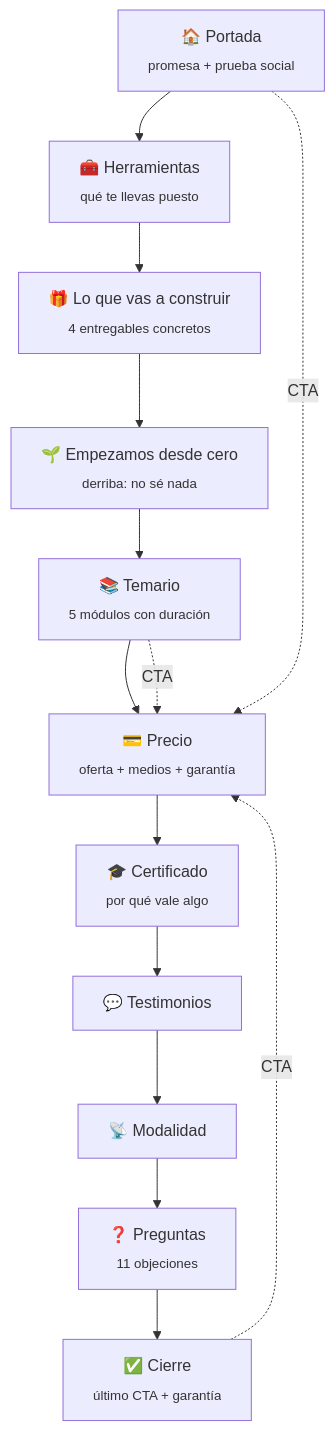
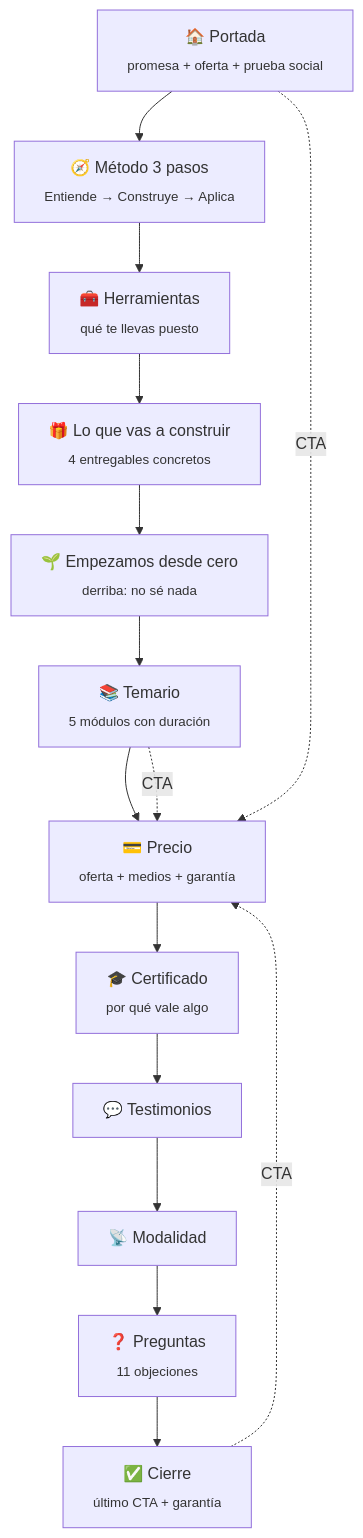
One commit to relevoacademy/landing-curso-conoce changed the diagram in README.md. Above: the diagram before and after it, drawn with Mermaid. The commit also changed other lines of this file and 1 other file, not shown here.

First line of the commit message:
feat: método de 3 pasos, 3 horas y precio de lanzamiento (#1)

````diff
--- a/README.md
+++ b/README.md
@@ -42,17 +42,18 @@
 ```mermaid
 flowchart TD
-  P["🏠 Portada<br/><sub>promesa + prueba social</sub>"] --> H["🧰 Herramientas<br/><sub>qué te llevas puesto</sub>"]
+  P["🏠 Portada<br/><sub>promesa + oferta + prueba social</sub>"] --> ME["🧭 Método 3 pasos<br/><sub>Entiende → Construye → Aplica</sub>"]
+  ME --> H["🧰 Herramientas<br/><sub>qué te llevas puesto</sub>"]
   H --> C["🎁 Lo que vas a construir<br/><sub>4 entregables concretos</sub>"]
   C --> Z["🌱 Empezamos desde cero<br/><sub>derriba: no sé nada</sub>"]
   Z --> T["📚 Temario<br/><sub>5 módulos con duración</sub>"]
   T --> PR["💳 Precio<br/><sub>oferta + medios + garantía</sub>"]
   PR --> CE["🎓 Certificado<br/><sub>por qué vale algo</sub>"]
   CE --> TE["💬 Testimonios"]
   TE --> M["📡 Modalidad"]
   M --> F["❓ Preguntas<br/><sub>11 objeciones</sub>"]
   F --> FIN["✅ Cierre<br/><sub>último CTA + garantía</sub>"]
 
   P -.->|CTA| PR
   T -.->|CTA| PR
   FIN -.->|CTA| PR
 ```
````
